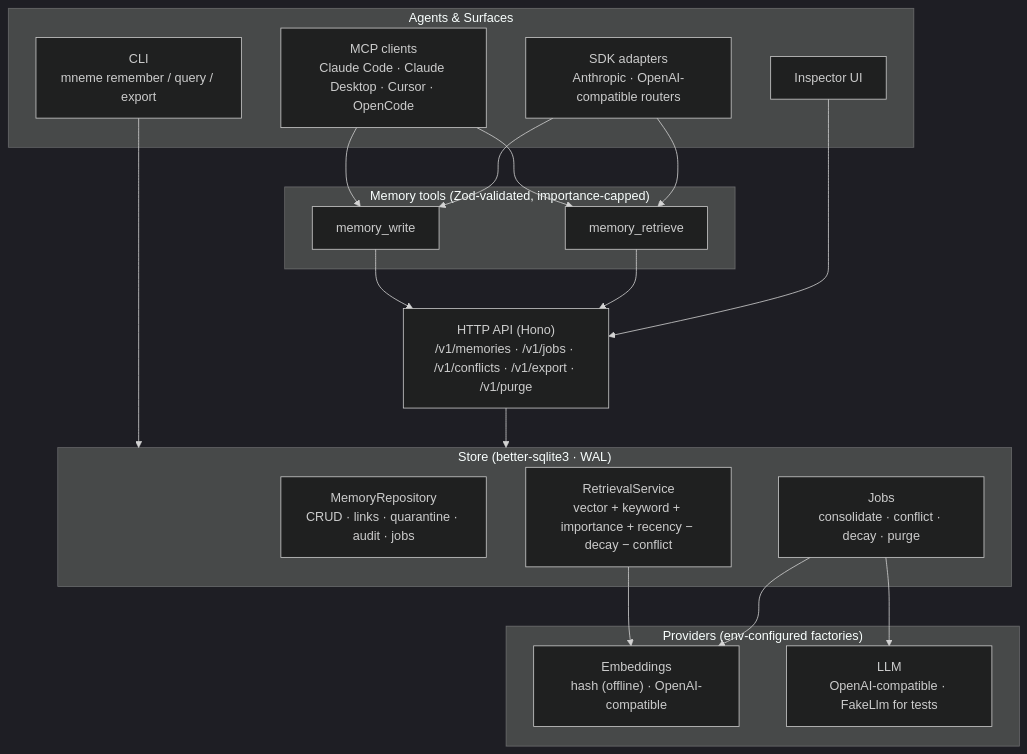
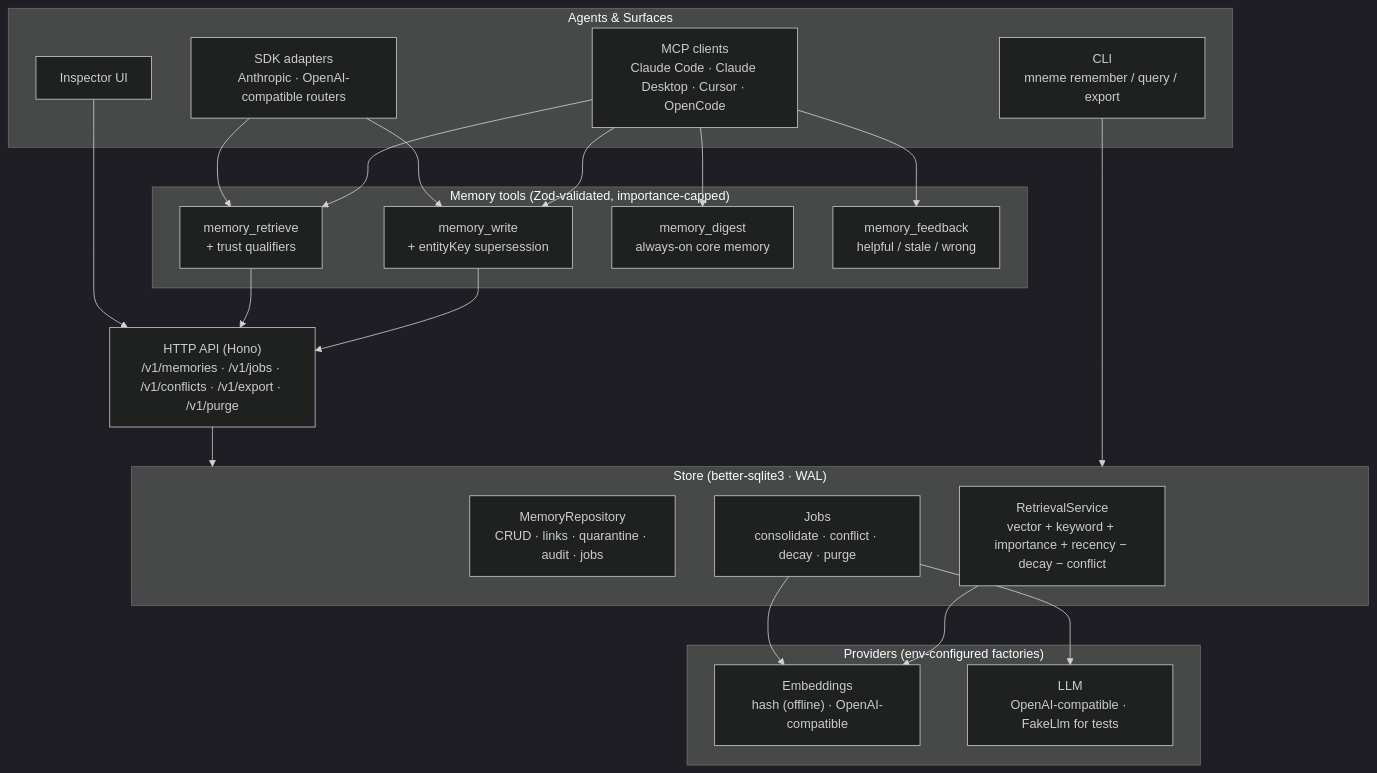
The diagram in README.md (Danialsamadi/synapse), drawn with Mermaid (dark theme) before and after one commit. The commit also changed other lines of this file, not shown here.

Commit message:
docs: document memory_digest, memory_feedback, entityKey supersession, trust qualifiers, and behavioral evals in README

````diff
--- a/README.md
+++ b/README.md
@@ -15,37 +15,39 @@
 ```mermaid
 flowchart TB
     subgraph Agents["Agents & Surfaces"]
         MCP["MCP clients<br/>Claude Code · Claude Desktop · Cursor · OpenCode"]
         SDK["SDK adapters<br/>Anthropic · OpenAI-compatible routers"]
         CLI["CLI<br/>mneme remember / query / export"]
         UI["Inspector UI"]
     end
 
     subgraph Tools["Memory tools (Zod-validated, importance-capped)"]
-        W["memory_write"]
-        R["memory_retrieve"]
+        W["memory_write<br/>+ entityKey supersession"]
+        R["memory_retrieve<br/>+ trust qualifiers"]
+        D["memory_digest<br/>always-on core memory"]
+        F["memory_feedback<br/>helpful / stale / wrong"]
     end
 
     API["HTTP API (Hono)<br/>/v1/memories · /v1/jobs · /v1/conflicts · /v1/export · /v1/purge"]
 
     subgraph Store["Store (better-sqlite3 · WAL)"]
         REPO["MemoryRepository<br/>CRUD · links · quarantine · audit · jobs"]
         RET["RetrievalService<br/>vector + keyword + importance + recency − decay − conflict"]
         JOBS["Jobs<br/>consolidate · conflict · decay · purge"]
     end
 
     subgraph Providers["Providers (env-configured factories)"]
         EMB["Embeddings<br/>hash (offline) · OpenAI-compatible"]
         LLM["LLM<br/>OpenAI-compatible · FakeLlm for tests"]
     end
 
-    MCP --> W & R
+    MCP --> W & R & D & F
     SDK --> W & R
     W & R --> API
     CLI --> Store
     UI --> API
     API --> Store
     RET --> EMB
     JOBS --> LLM
     JOBS --> EMB
 ```
````
